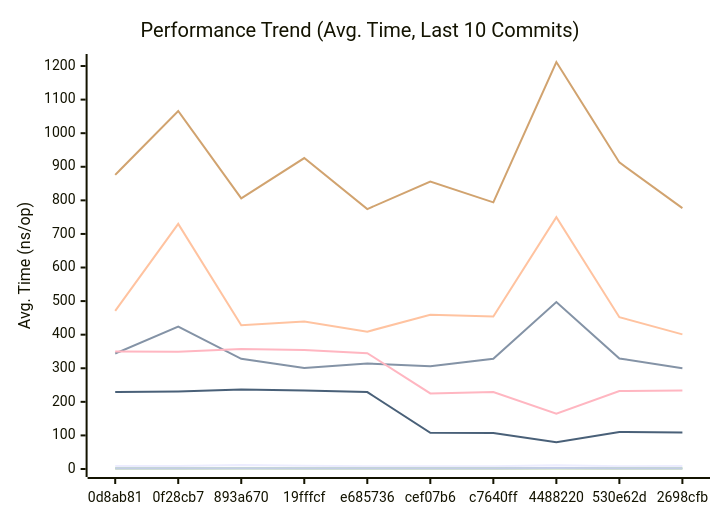
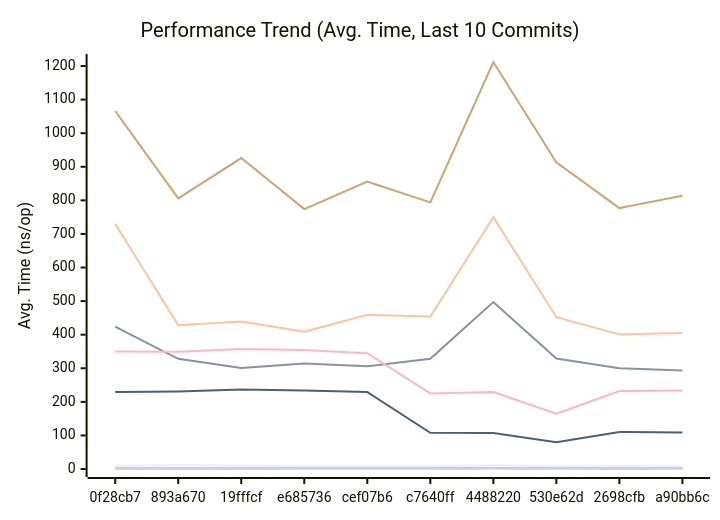
The first of 3 diagrams in docs/PERFORMANCE.md (alsotoes/momo), drawn with Mermaid before and after one commit. The commit also changed other lines of this file and 2 other files, not shown here.

First line of the commit message:
ci: Add LoadGlobalConfig to benchstat noise ignore list

````diff
--- a/docs/PERFORMANCE.md
+++ b/docs/PERFORMANCE.md
@@ -80,16 +80,16 @@
 ```mermaid
 xychart-beta
     title "Performance Trend (Avg. Time, Last 10 Commits)"
     x-axis "Commit"
     y-axis "Avg. Time (ns/op)"
-    x-axis [0d8ab81,0f28cb7,893a670,19fffcf,e685736,cef07b6,c7640ff,4488220,530e62d,2698cfb]
-    line "CheckMetricsAndSwap" [9,9,12,10,8,8,8,11,8,9]
-    line "CrushOptimized" [344,424,328,301,314,306,328,497,329,300]
-    line "CrushOriginal" [471,730,428,439,409,459,454,750,452,401]
-    line "IndexDirectTracking" [0,0,1,0,0,0,0,1,0,0]
+    x-axis [0f28cb7,893a670,19fffcf,e685736,cef07b6,c7640ff,4488220,530e62d,2698cfb,a90bb6c]
+    line "CheckMetricsAndSwap" [9,12,10,8,8,8,11,8,9,8]
+    line "CrushOptimized" [424,328,301,314,306,328,497,329,300,293]
+    line "CrushOriginal" [730,428,439,409,459,454,750,452,401,405]
+    line "IndexDirectTracking" [0,1,0,0,0,0,1,0,0,0]
     line "IndexSearch" [2,2,2,2,2,2,2,2,2,2]
-    line "LoadGlobalConfig" [876,1066,806,926,774,856,794,1212,913,777]
-    line "PadString" [2,2,2,2,2,2,2,3,2,2]
+    line "LoadGlobalConfig" [1066,806,926,774,856,794,1212,913,777,814]
+    line "PadString" [2,2,2,2,2,2,3,2,2,2]
     line "ParseReplicationOrder_NoPrealloc" [350,349,357,354,345,225,229,165,232,234]
     line "ParseReplicationOrder_Prealloc" [229,231,237,234,229,108,107,80,110,109]
 ```
````
